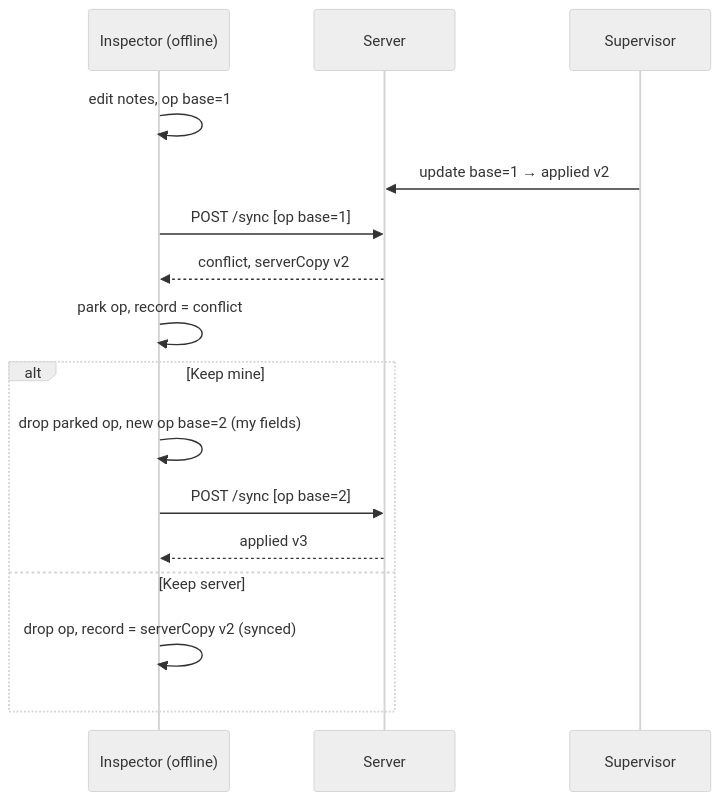
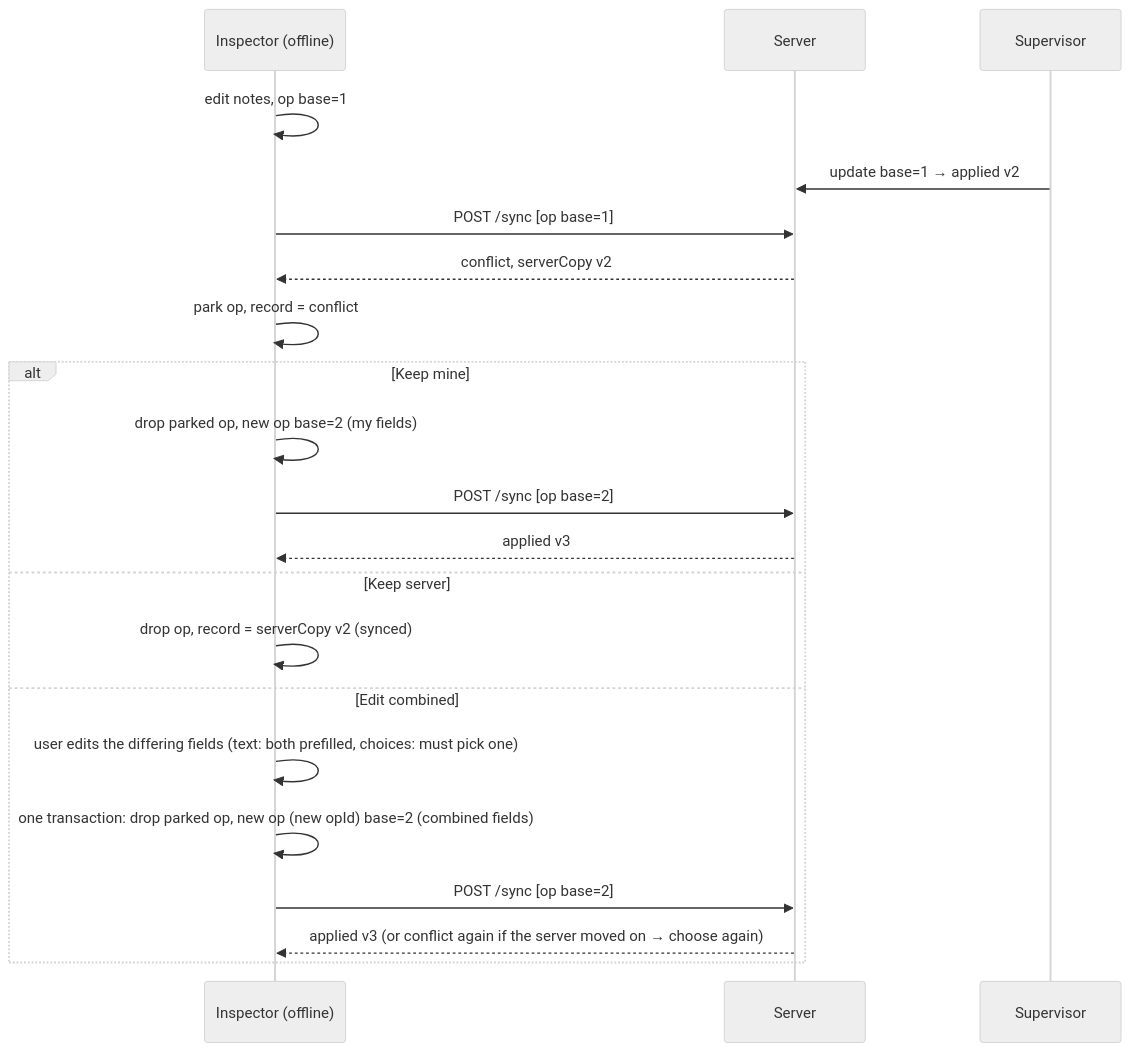
The third of 4 diagrams in docs/sync-protocol.md (a7mmedz/Siteward), drawn with Mermaid (neutral theme) before and after one commit. The commit also changed other lines of this file and 43 other files, not shown here.

````diff
--- a/docs/sync-protocol.md
+++ b/docs/sync-protocol.md
@@ -142,18 +144,23 @@
 ```mermaid
 sequenceDiagram
   participant I as Inspector (offline)
   participant S as Server
   participant V as Supervisor
   I->>I: edit notes, op base=1
   V->>S: update base=1 → applied v2
   I->>S: POST /sync [op base=1]
   S-->>I: conflict, serverCopy v2
   I->>I: park op, record = conflict
   alt Keep mine
     I->>I: drop parked op, new op base=2 (my fields)
     I->>S: POST /sync [op base=2]
     S-->>I: applied v3
   else Keep server
     I->>I: drop op, record = serverCopy v2 (synced)
+  else Edit combined
+    I->>I: user edits the differing fields (text: both prefilled, choices: must pick one)
+    I->>I: one transaction: drop parked op, new op (new opId) base=2 (combined fields)
+    I->>S: POST /sync [op base=2]
+    S-->>I: applied v3 (or conflict again if the server moved on → choose again)
   end
 ```
````
